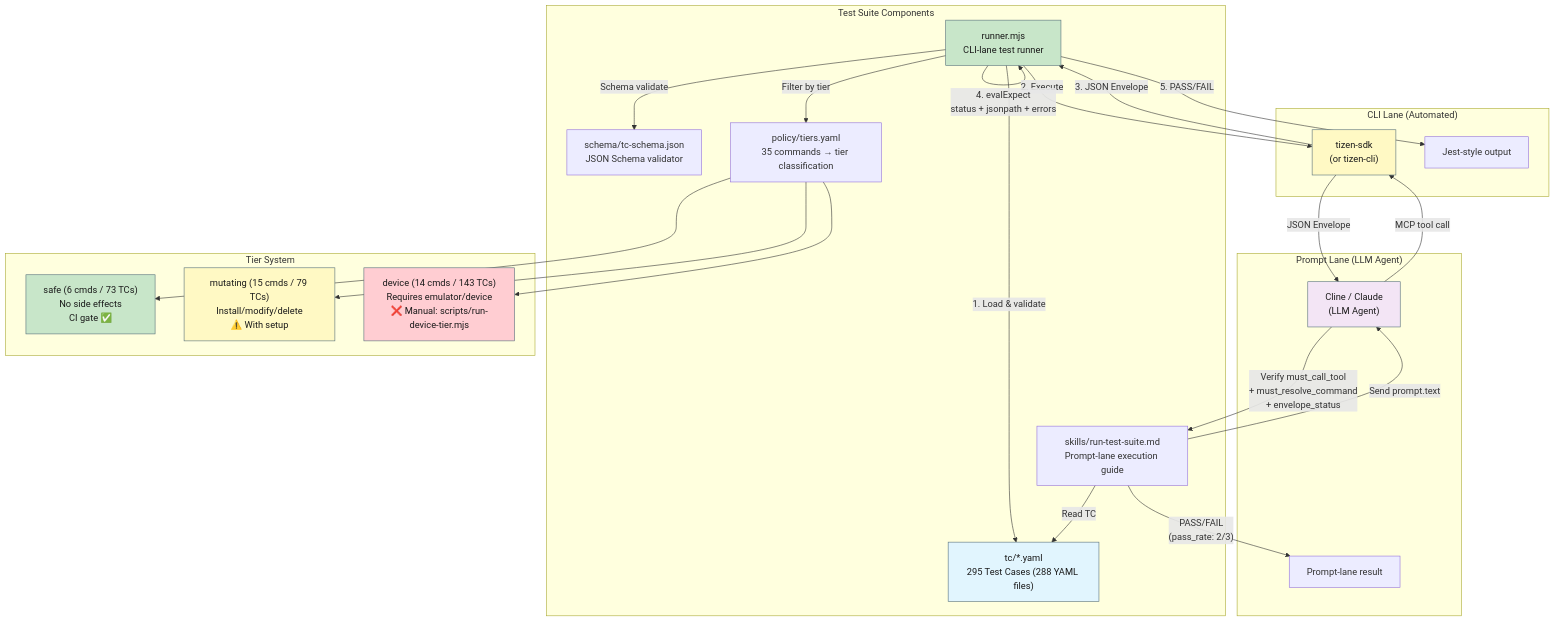
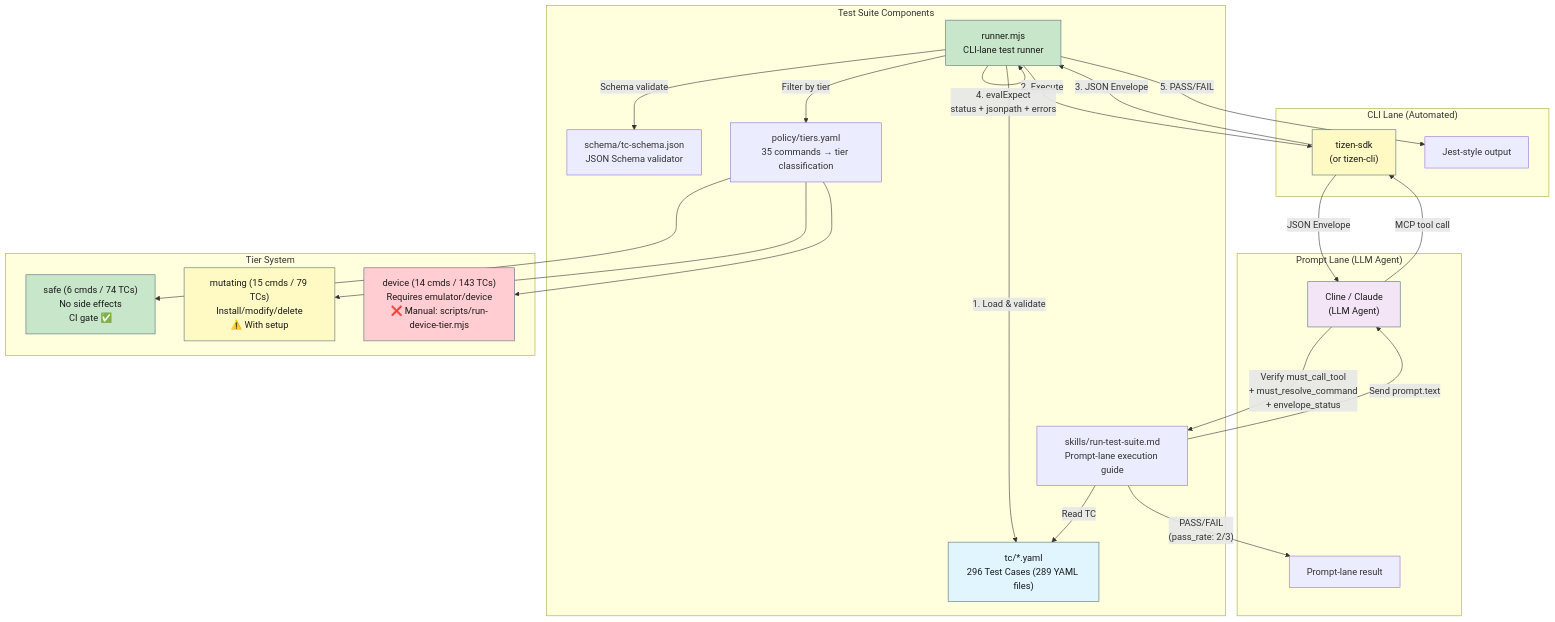
The first of 4 diagrams in tizen-sdk-skills/tests/README.md (Samsung/tizen-agent-skills), drawn with Mermaid before and after one commit. The commit also changed other lines of this file and 9 other files, not shown here.

````diff
--- a/tizen-sdk-skills/tests/README.md
+++ b/tizen-sdk-skills/tests/README.md
@@ -11,46 +11,46 @@
 ```mermaid
 graph TB
     subgraph "Test Suite Components"
-        TC["tc/*.yaml<br/>295 Test Cases (288 YAML files)"]
+        TC["tc/*.yaml<br/>296 Test Cases (289 YAML files)"]
         SCHEMA["schema/tc-schema.json<br/>JSON Schema validator"]
         POLICY["policy/tiers.yaml<br/>35 commands → tier classification"]
         RUNNER["runner.mjs<br/>CLI-lane test runner"]
         SKILLS["skills/run-test-suite.md<br/>Prompt-lane execution guide"]
     end
 
     subgraph "CLI Lane (Automated)"
         RUNNER -->|"1. Load & validate"| TC
         RUNNER -->|"Schema validate"| SCHEMA
         RUNNER -->|"Filter by tier"| POLICY
         RUNNER -->|"2. Execute"| PLUGIN["tizen-sdk<br/>(or tizen-cli)"]
         PLUGIN -->|"3. JSON Envelope"| RUNNER
         RUNNER -->|"4. evalExpect<br/>status + jsonpath + errors"| RUNNER
         RUNNER -->|"5. PASS/FAIL"| RESULT["Jest-style output"]
     end
 
     subgraph "Prompt Lane (LLM Agent)"
         SKILLS -->|"Read TC"| TC
         SKILLS -->|"Send prompt.text"| LLM["Cline / Claude<br/>(LLM Agent)"]
         LLM -->|"MCP tool call"| PLUGIN
         PLUGIN -->|"JSON Envelope"| LLM
         LLM -->|"Verify must_call_tool<br/>+ must_resolve_command<br/>+ envelope_status"| SKILLS
         SKILLS -->|"PASS/FAIL<br/>(pass_rate: 2/3)"| RESULT2["Prompt-lane result"]
     end
 
     subgraph "Tier System"
-        SAFE["safe (6 cmds / 73 TCs)<br/>No side effects<br/>CI gate ✅"]
+        SAFE["safe (6 cmds / 74 TCs)<br/>No side effects<br/>CI gate ✅"]
         MUTATING["mutating (15 cmds / 79 TCs)<br/>Install/modify/delete<br/>⚠️ With setup"]
         DEVICE["device (14 cmds / 143 TCs)<br/>Requires emulator/device<br/>❌ Manual: scripts/run-device-tier.mjs"]
         POLICY --> SAFE
         POLICY --> MUTATING
         POLICY --> DEVICE
     end
 
     style TC fill:#e1f5fe,stroke:#546e7a,color:#1a1a1a
     style RUNNER fill:#c8e6c9,stroke:#546e7a,color:#1a1a1a
     style PLUGIN fill:#fff9c4,stroke:#546e7a,color:#1a1a1a
     style LLM fill:#f3e5f5,stroke:#546e7a,color:#1a1a1a
     style SAFE fill:#c8e6c9,stroke:#546e7a,color:#1a1a1a
     style MUTATING fill:#fff9c4,stroke:#546e7a,color:#1a1a1a
     style DEVICE fill:#ffcdd2,stroke:#546e7a,color:#1a1a1a
 ```
````
